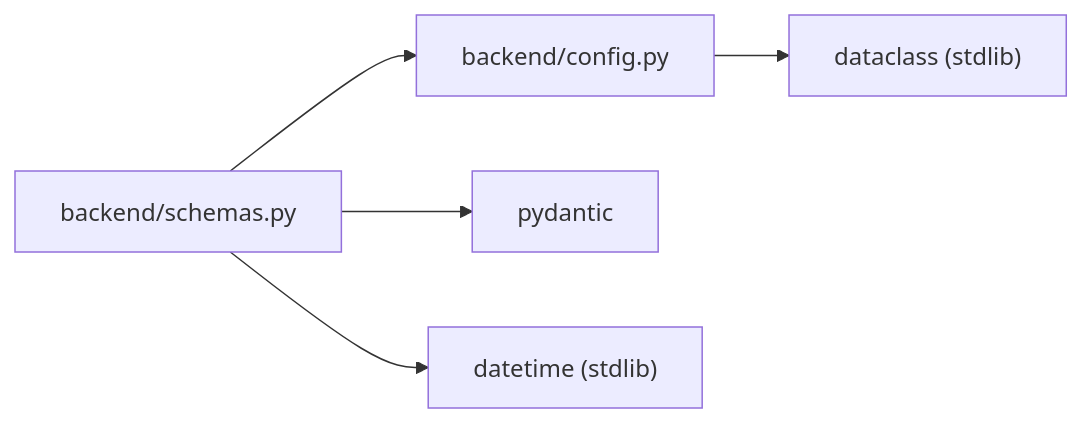
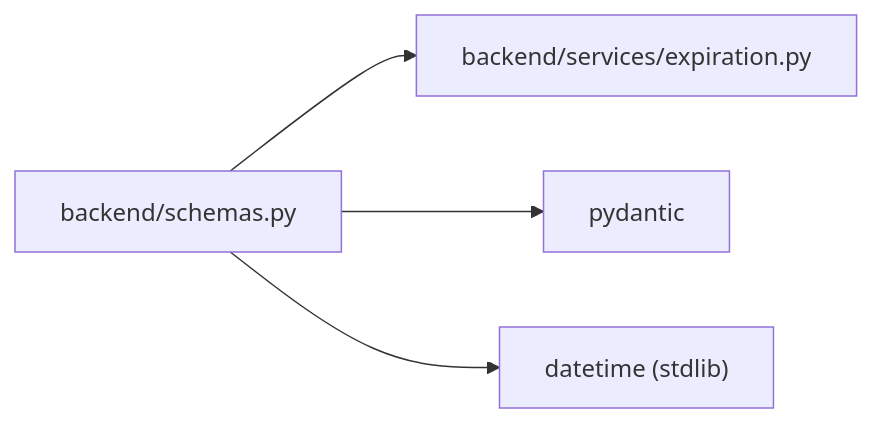
Before and after one commit to lorecanc/dispensapp: the diagram in wiki/modules/backend-schemas.md, drawn with Mermaid. The commit also changed other lines of this file and 55 other files, not shown here.

````diff
--- a/wiki/modules/backend-schemas.md
+++ b/wiki/modules/backend-schemas.md
@@ -131,7 +232,6 @@
 ```mermaid
 graph LR
-    Schemas["backend/schemas.py"] --> Config["backend/config.py"]
+    Schemas["backend/schemas.py"] --> Expiration["backend/services/expiration.py"]
     Schemas --> Pydantic["pydantic"]
-    Schemas --> datetime["datetime (stdlib)"]
-    Config --> dataclass["dataclass (stdlib)"]
+    Schemas --> Stdlib["datetime (stdlib)"]
 ```
````
